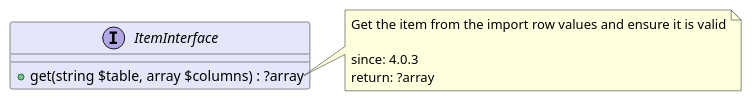
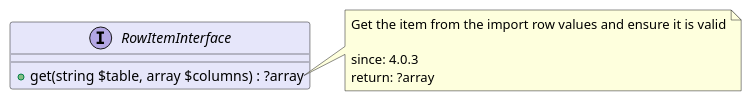
The diagram in src/53f55e5b-63cb-49e7-b1e6-33e7a9f97856/README.md (joomengine/super-powers), drawn with PlantUML before and after one commit. The commit also changed other lines of this file and 43 other files, not shown here.

````diff
--- a/src/53f55e5b-63cb-49e7-b1e6-33e7a9f97856/README.md
+++ b/src/53f55e5b-63cb-49e7-b1e6-33e7a9f97856/README.md
@@ -5,16 +5,16 @@
 ```uml
 @startuml
 
-interface ItemInterface  #Lavender {
+interface RowItemInterface  #Lavender {
   + get(string $table, array $columns) : ?array
 }
 
-note right of ItemInterface::get
+note right of RowItemInterface::get
   Get the item from the import row values and ensure it is valid
 
   since: 4.0.3
   return: ?array
 end note
 
 @enduml
 ```
````
